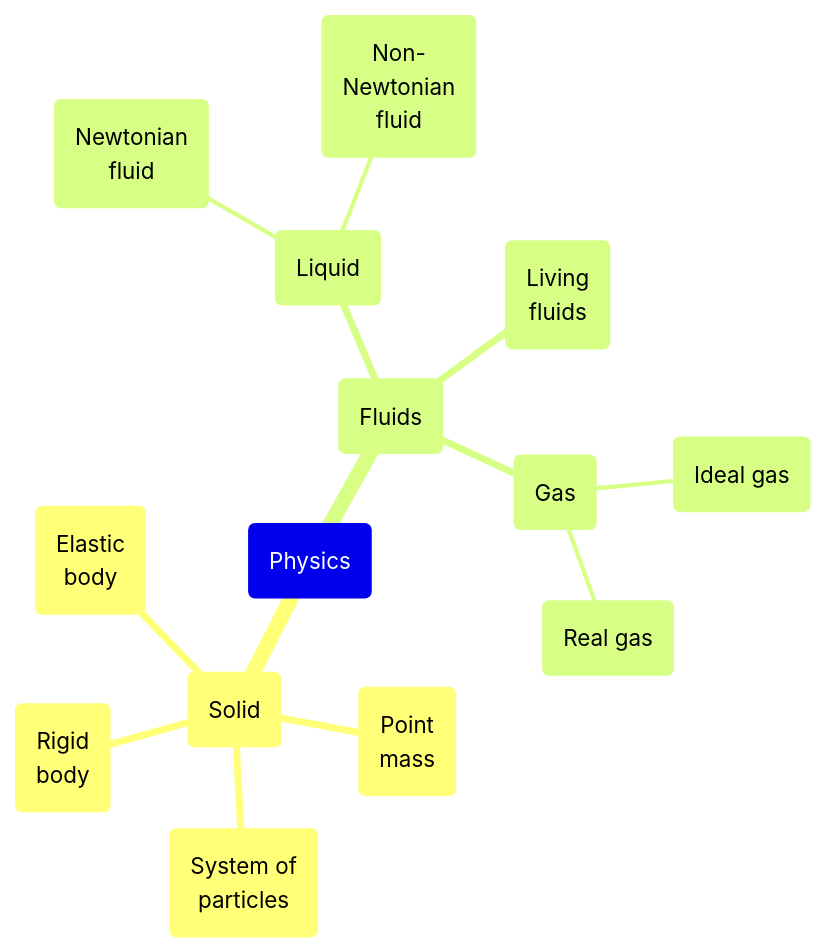
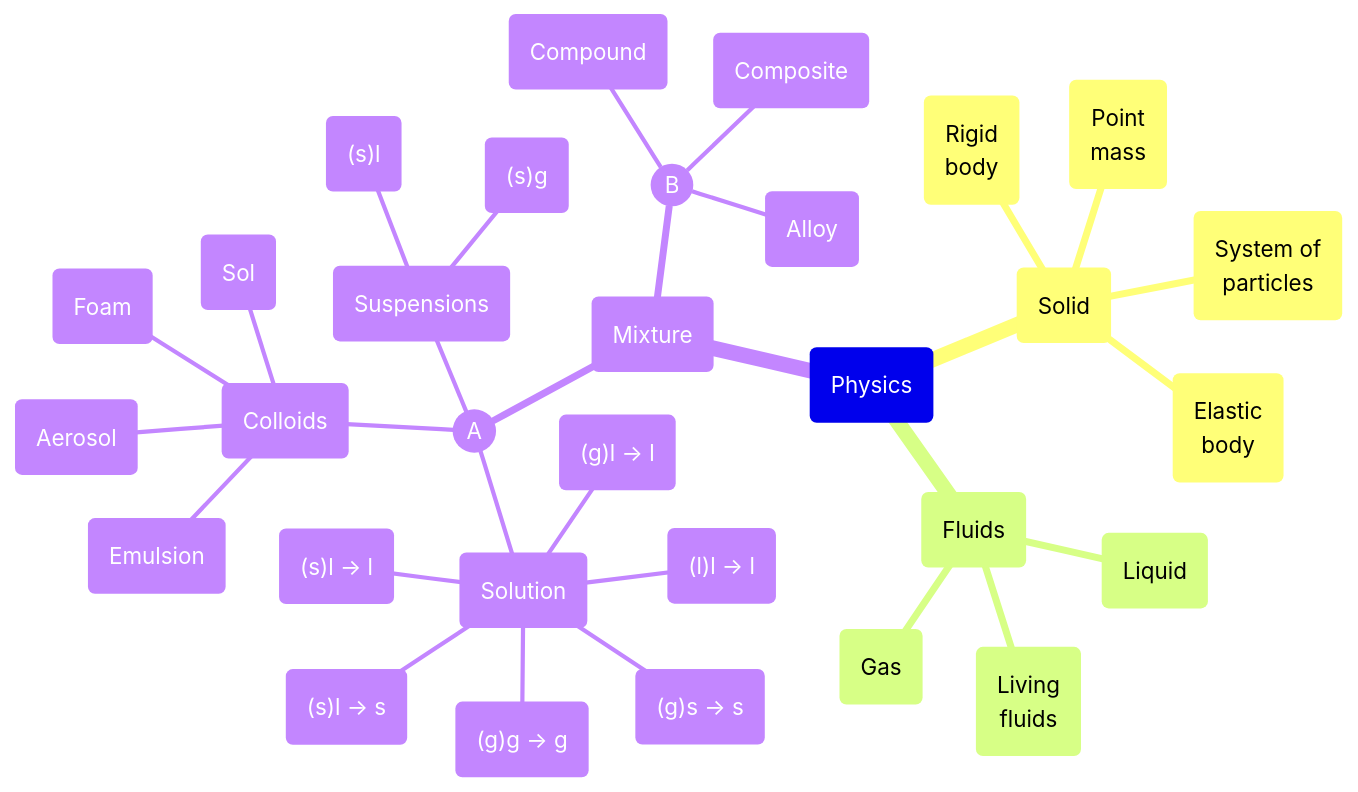
The diagram in 00/11.md (dudung/snippet), drawn with Mermaid before and after one commit. The commit also changed other lines of this file, not shown here.

````diff
--- a/00/11.md
+++ b/00/11.md
@@ -4,17 +4,34 @@
 ```mermaid
 mindmap
   ("Physics")
     ("Solid")
       ("Point<br>mass")
       ("System of<br>particles")
       ("Rigid<br>body")
       ("Elastic<br>body")
     ("Fluids")
       ("Liquid")
-        ("Newtonian<br>fluid")
-        ("Non-<br>Newtonian<br>fluid")
+      ("Gas")
       ("Living<br>fluids")
-      ("Gas")
-        ("Ideal gas")
-        ("Real gas")
+    ("Mixture")
+      (("A"))
+        ("Solution")
+          ("(g)g → g")
+          ("(g)l → l")
+          ("(l)l → l")
+          ("(s)l → l")
+          ("(g)s → s")
+          ("(s)l → s")
+        ("Colloids")
+          ("Sol")
+          ("Emulsion")
+          ("Foam")
+          ("Aerosol")
+        ("Suspensions")
+          ("(s)l")
+          ("(s)g")
+      (("B"))
+        ("Alloy")
+        ("Composite")
+        ("Compound")
 ```
````
